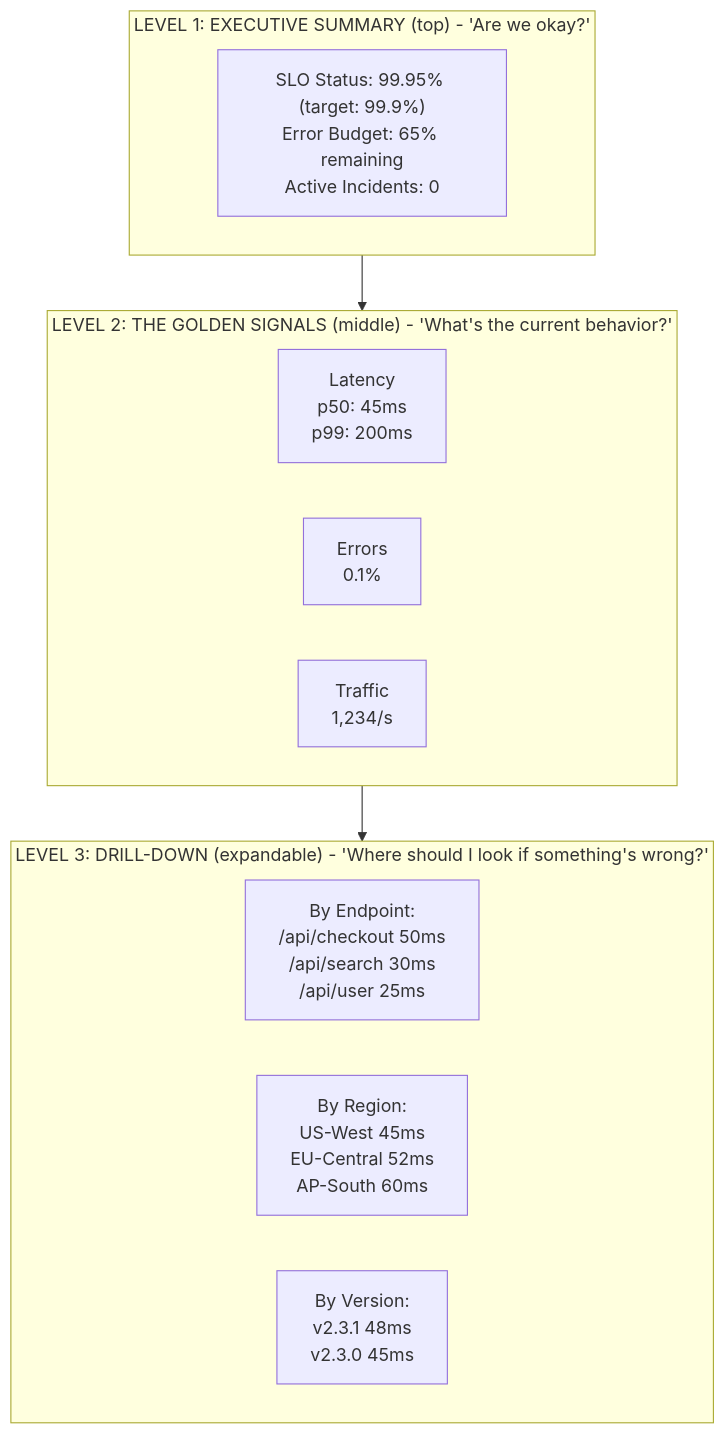
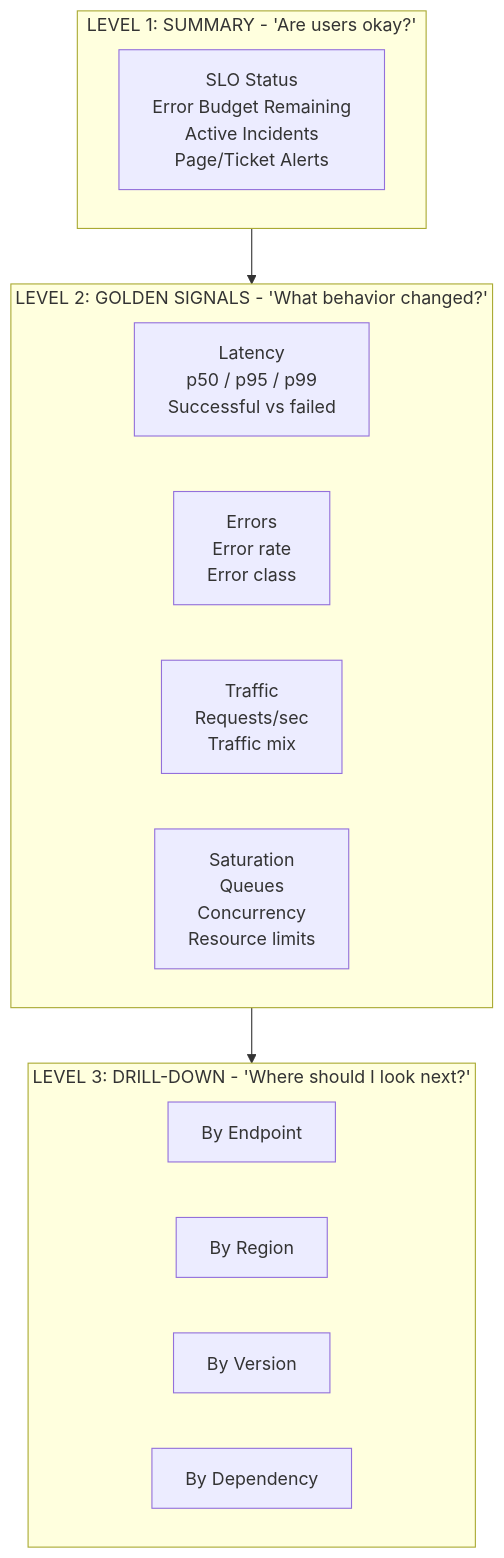
The fifth of 7 diagrams in src/content/docs/platform/foundations/observability-theory/module-3.4-from-data-to-insight.md (kube-dojo/kube-dojo), drawn with Mermaid before and after one commit. The commit also changed other lines of this file and 1 other file, not shown here.

````diff
--- a/src/content/docs/platform/foundations/observability-theory/module-3.4-from-data-to-insight.md
+++ b/src/content/docs/platform/foundations/observability-theory/module-3.4-from-data-to-insight.md
@@ -351,24 +296,26 @@
 ```mermaid
 flowchart TD
-    subgraph Level1 ["LEVEL 1: EXECUTIVE SUMMARY (top) - 'Are we okay?'"]
+    subgraph Level1 ["LEVEL 1: SUMMARY - 'Are users okay?'"]
         direction LR
-        S1["SLO Status: 99.95% (target: 99.9%)<br>Error Budget: 65% remaining<br>Active Incidents: 0"]
+        S1["SLO Status<br>Error Budget Remaining<br>Active Incidents<br>Page/Ticket Alerts"]
     end
 
-    subgraph Level2 ["LEVEL 2: THE GOLDEN SIGNALS (middle) - 'What's the current behavior?'"]
+    subgraph Level2 ["LEVEL 2: GOLDEN SIGNALS - 'What behavior changed?'"]
         direction LR
-        S2_1["Latency<br>p50: 45ms<br>p99: 200ms"]
-        S2_2["Errors<br>0.1%"]
-        S2_3["Traffic<br>1,234/s"]
+        S2_1["Latency<br>p50 / p95 / p99<br>Successful vs failed"]
+        S2_2["Errors<br>Error rate<br>Error class"]
+        S2_3["Traffic<br>Requests/sec<br>Traffic mix"]
+        S2_4["Saturation<br>Queues<br>Concurrency<br>Resource limits"]
     end
 
-    subgraph Level3 ["LEVEL 3: DRILL-DOWN (expandable) - 'Where should I look if something's wrong?'"]
+    subgraph Level3 ["LEVEL 3: DRILL-DOWN - 'Where should I look next?'"]
         direction LR
-        S3_1["By Endpoint:<br>/api/checkout 50ms<br>/api/search 30ms<br>/api/user 25ms"]
-        S3_2["By Region:<br>US-West 45ms<br>EU-Central 52ms<br>AP-South 60ms"]
-        S3_3["By Version:<br>v2.3.1 48ms<br>v2.3.0 45ms"]
+        S3_1["By Endpoint"]
+        S3_2["By Region"]
+        S3_3["By Version"]
+        S3_4["By Dependency"]
     end
 
     Level1 --> Level2
     Level2 --> Level3
 ```
````
